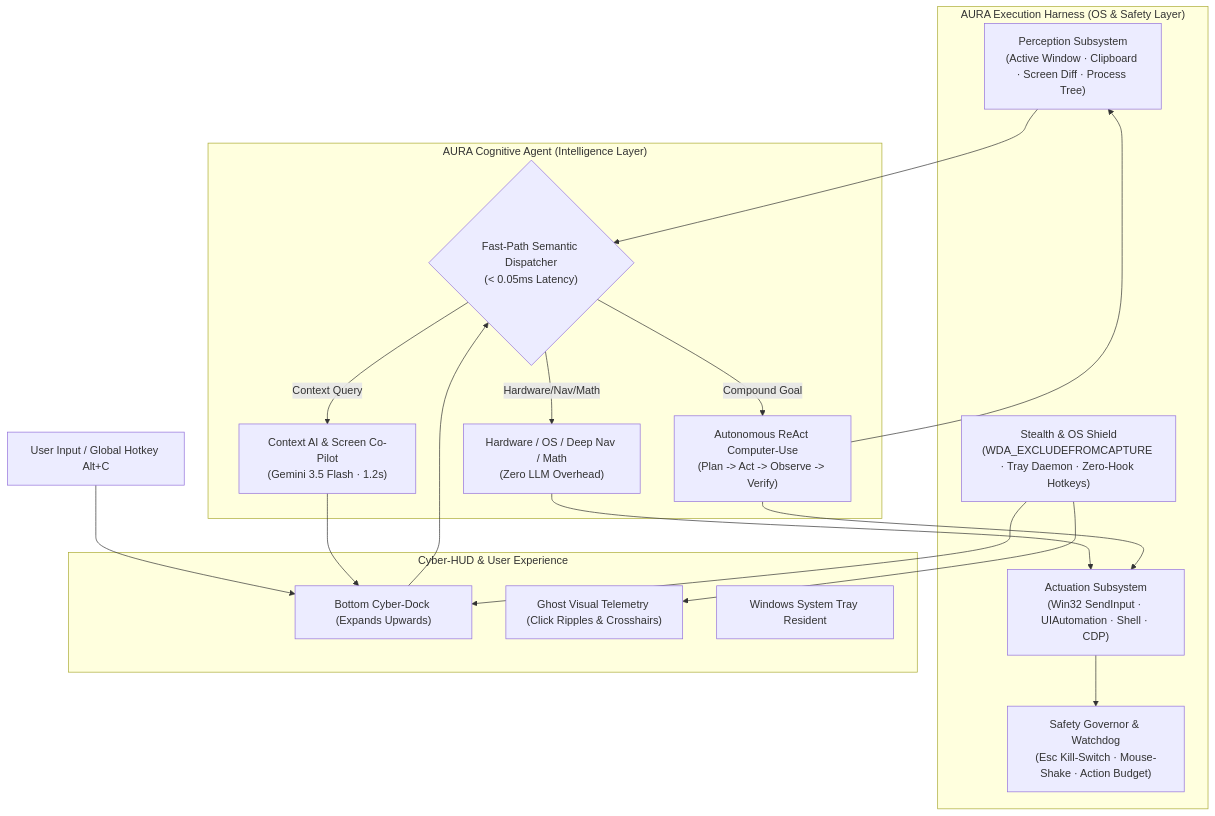
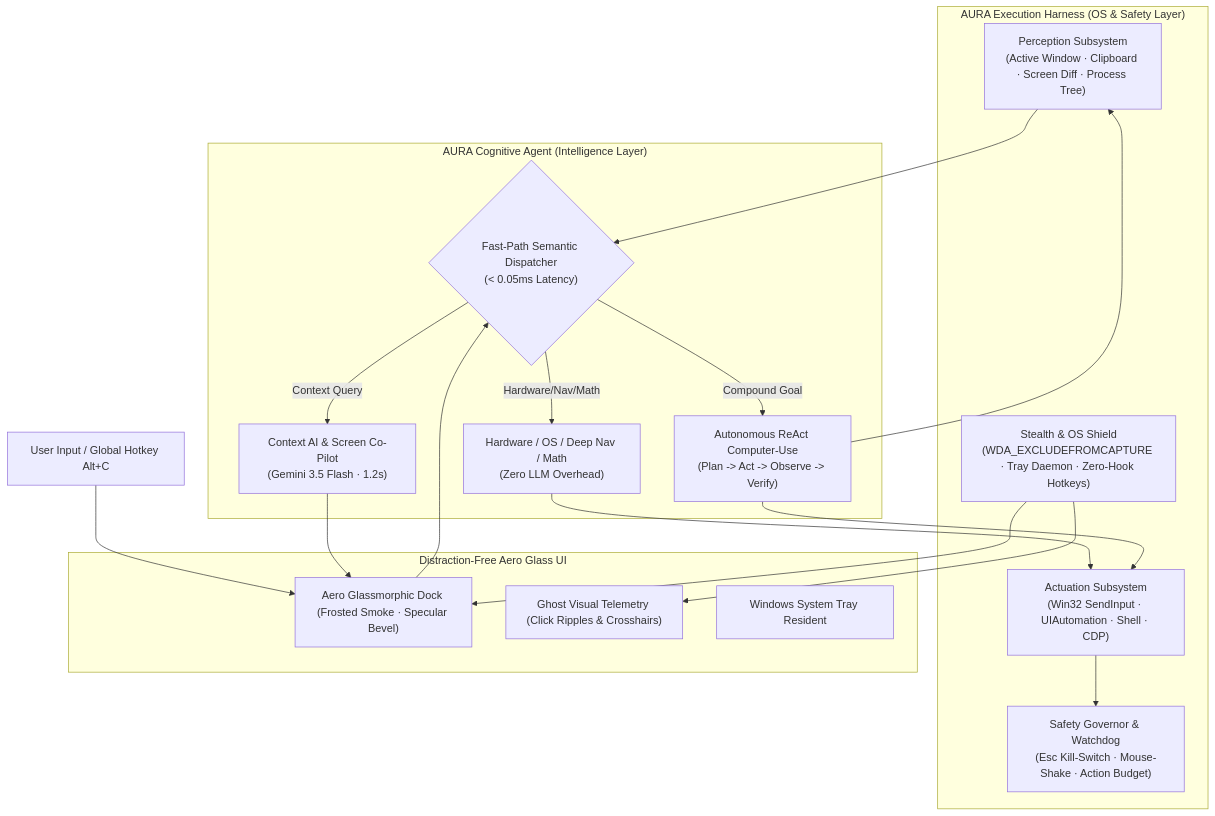
One commit to Psychic-arpit/aura-cognitive-harness changed the diagram in README.md. Above: the diagram before and after it, drawn with Mermaid. The commit also changed other lines of this file and 5 other files, not shown here.

````diff
--- a/README.md
+++ b/README.md
@@ -17,33 +17,33 @@
 ```mermaid
 flowchart TD
     subgraph Harness ["AURA Execution Harness (OS & Safety Layer)"]
         Sensors["Perception Subsystem\n(Active Window · Clipboard · Screen Diff · Process Tree)"]
         Actuators["Actuation Subsystem\n(Win32 SendInput · UIAutomation · Shell · CDP)"]
         Safety["Safety Governor & Watchdog\n(Esc Kill-Switch · Mouse-Shake · Action Budget)"]
         Stealth["Stealth & OS Shield\n(WDA_EXCLUDEFROMCAPTURE · Tray Daemon · Zero-Hook Hotkeys)"]
     end
 
     subgraph Agent ["AURA Cognitive Agent (Intelligence Layer)"]
         Router{"Fast-Path Semantic Dispatcher\n(< 0.05ms Latency)"}
         Tier0["Hardware / OS / Deep Nav / Math\n(Zero LLM Overhead)"]
         Tier1["Context AI & Screen Co-Pilot\n(Gemini 3.5 Flash · 1.2s)"]
         Tier2["Autonomous ReAct Computer-Use\n(Plan -> Act -> Observe -> Verify)"]
     end
 
-    subgraph UI ["Cyber-HUD & User Experience"]
-        Dock["Bottom Cyber-Dock (Expands Upwards)"]
+    subgraph UI ["Distraction-Free Aero Glass UI"]
+        Dock["Aero Glassmorphic Dock (Frosted Smoke · Specular Bevel)"]
         Overlay["Ghost Visual Telemetry (Click Ripples & Crosshairs)"]
         Tray["Windows System Tray Resident"]
     end
 
     User[User Input / Global Hotkey Alt+C] --> Dock
     Sensors --> Router
     Dock --> Router
     Router -->|Hardware/Nav/Math| Tier0 --> Actuators
     Router -->|Context Query| Tier1 --> Dock
     Router -->|Compound Goal| Tier2 --> Actuators
     Actuators --> Safety
     Tier2 --> Sensors
     Stealth --> Dock
     Stealth --> Overlay
 ```
````
